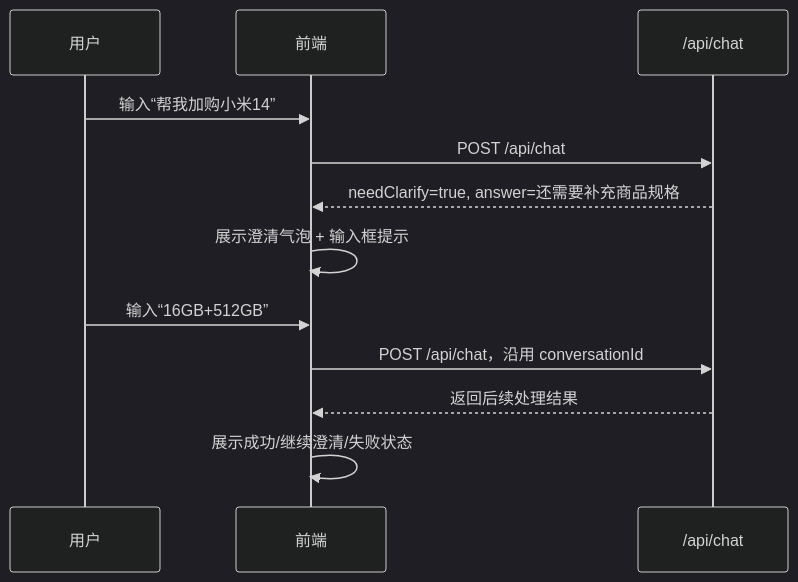
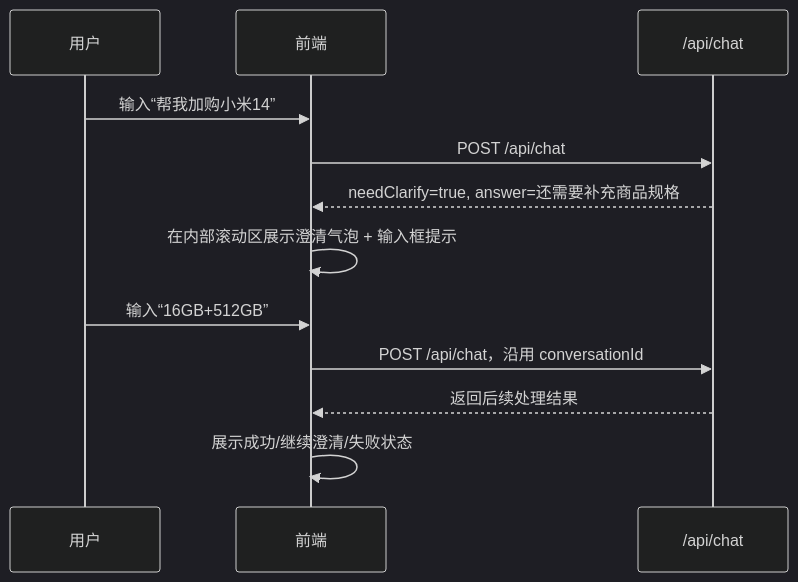
Before and after one commit to liyunyi-gif/Xiaomi-Shopping-Agent: the second of 4 diagrams in doc/前端UIUX设计文档.md, drawn with Mermaid (dark theme). The commit also changed other lines of this file and 2 other files, not shown here.

````diff
--- a/doc/前端UIUX设计文档.md
+++ b/doc/前端UIUX设计文档.md
@@ -331,15 +483,15 @@
 ```mermaid
 sequenceDiagram
     participant U as 用户
     participant F as 前端
     participant API as /api/chat
 
     U->>F: 输入“帮我加购小米14”
     F->>API: POST /api/chat
     API-->>F: needClarify=true, answer=还需要补充商品规格
-    F->>F: 展示澄清气泡 + 输入框提示
+    F->>F: 在内部滚动区展示澄清气泡 + 输入框提示
     U->>F: 输入“16GB+512GB”
     F->>API: POST /api/chat，沿用 conversationId
     API-->>F: 返回后续处理结果
     F->>F: 展示成功/继续澄清/失败状态
 ```
````
